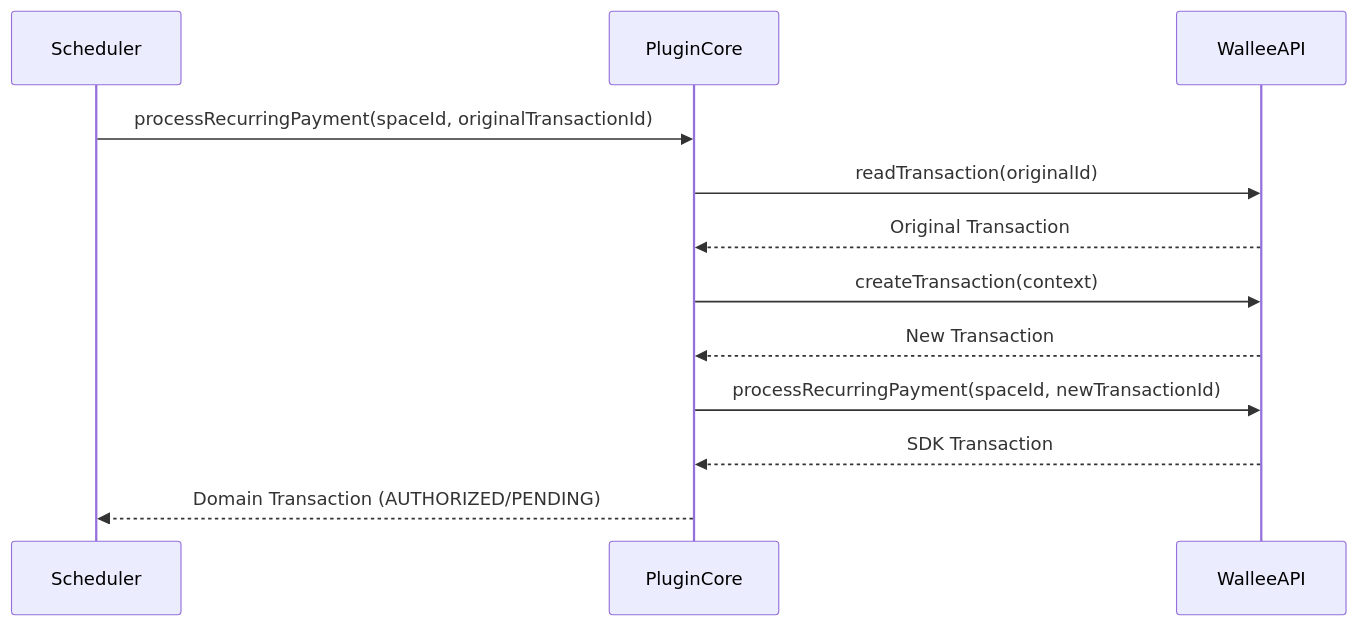
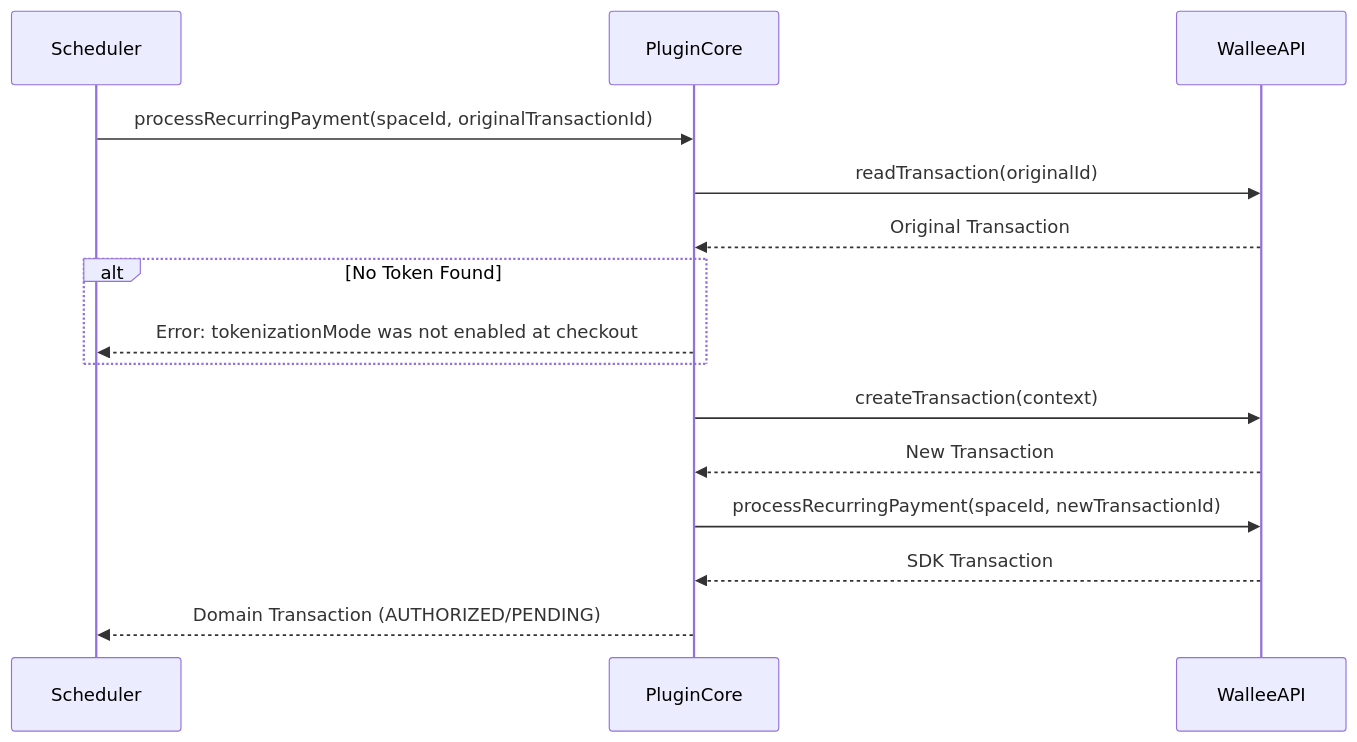
One commit to wallee-payment/plugin-core changed the diagram in docs/Recurring/README.md. Above: the diagram before and after it, drawn with Mermaid. The commit also changed other lines of this file and 146 other files, not shown here.

````diff
--- a/docs/Recurring/README.md
+++ b/docs/Recurring/README.md
@@ -79,17 +80,21 @@
 ```mermaid
 sequenceDiagram
     participant Scheduler
     participant PluginCore
     participant WalleeAPI
 
     Scheduler->>PluginCore: processRecurringPayment(spaceId, originalTransactionId)
     PluginCore->>WalleeAPI: readTransaction(originalId)
     WalleeAPI-->>PluginCore: Original Transaction
 
+    alt No Token Found
+        PluginCore-->>Scheduler: Error: tokenizationMode was not enabled at checkout
+    end
+
     PluginCore->>WalleeAPI: createTransaction(context)
     WalleeAPI-->>PluginCore: New Transaction
 
     PluginCore->>WalleeAPI: processRecurringPayment(spaceId, newTransactionId)
     WalleeAPI-->>PluginCore: SDK Transaction
     PluginCore-->>Scheduler: Domain Transaction (AUTHORIZED/PENDING)
 ```
````
